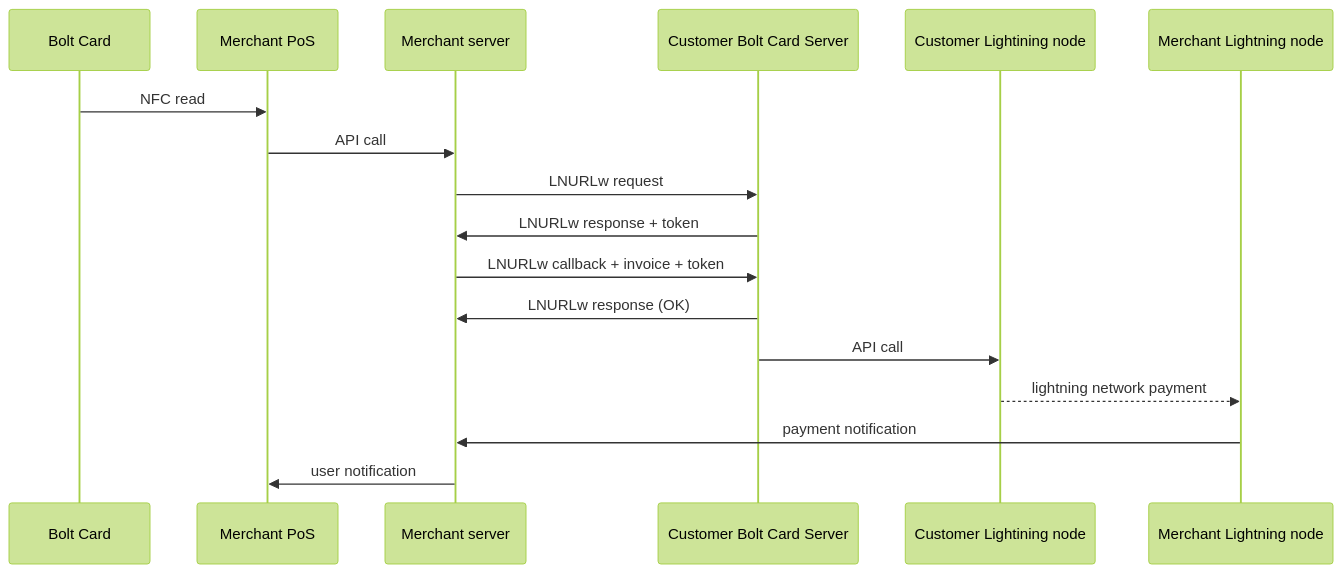
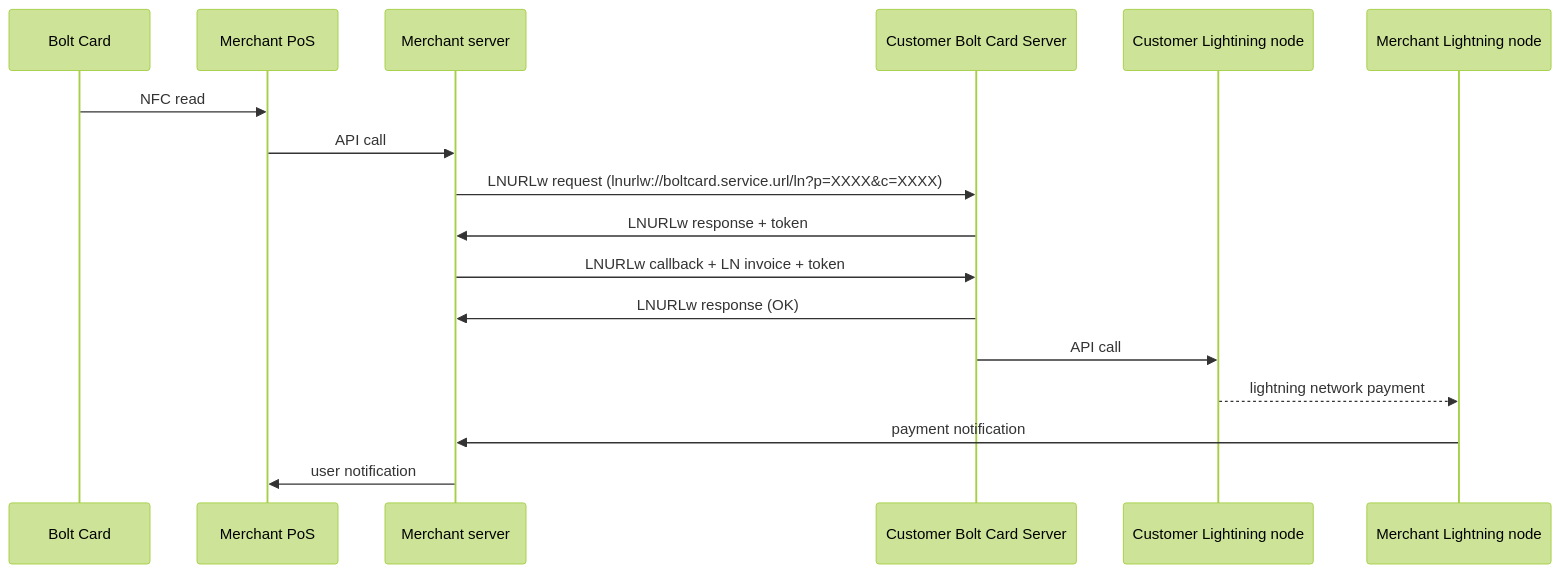
One commit to robertclarkson/mockend changed the diagram in system.MD. Above: the diagram before and after it, drawn with Mermaid (forest theme).

````diff
--- a/system.MD
+++ b/system.MD
@@ -3,19 +3,19 @@
 ```mermaid
 sequenceDiagram
     participant p1 as Bolt Card
     participant p2 as Merchant PoS
     participant p3 as Merchant server
     participant p4 as Customer Bolt Card Server
     participant p5 as Customer Lightining node
     participant p6 as Merchant Lightning node
     p1->>p2: NFC read
     p2->>p3: API call
-    p3->>p4: LNURLw request
+    p3->>p4: LNURLw request (lnurlw://boltcard.service.url/ln?p=XXXX&c=XXXX)
     p4->>p3: LNURLw response + token
-    p3->>p4: LNURLw callback + invoice + token
+    p3->>p4: LNURLw callback + LN invoice + token
     p4->>p3: LNURLw response (OK)
     p4->>p5: API call
     p5-->>p6: lightning network payment
     p6->>p3: payment notification
     p3->>p2: user notification
 ```
````
